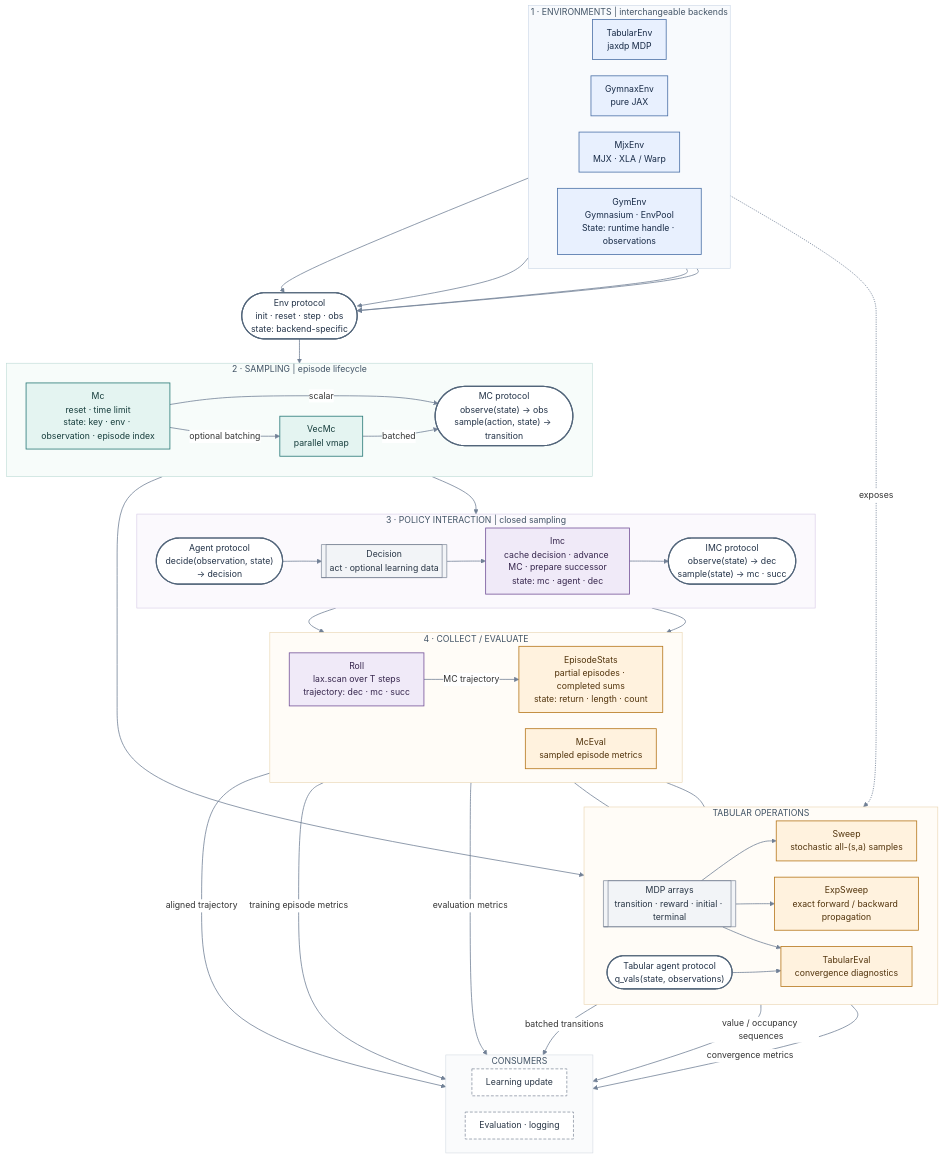
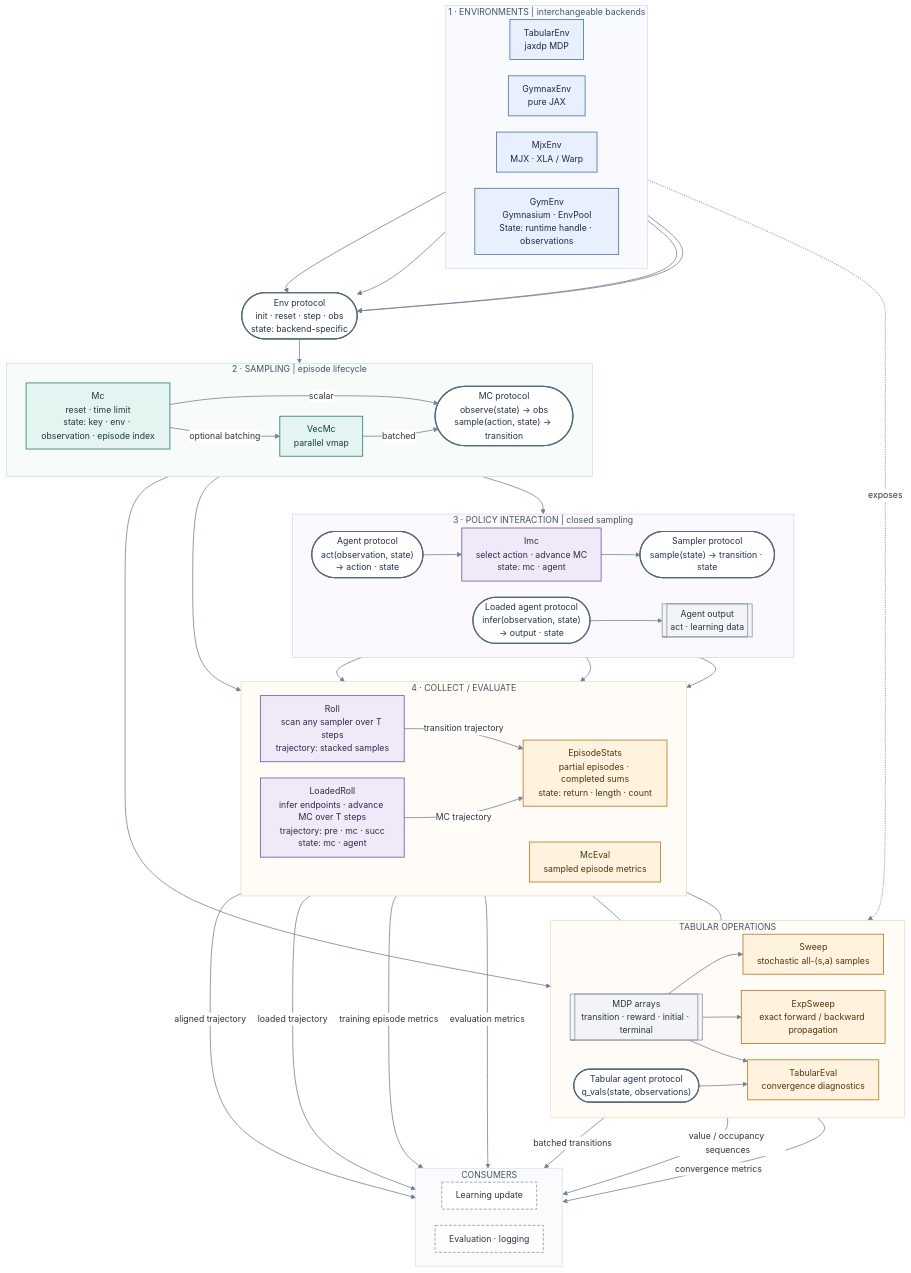
Before and after one commit to TolgaOk/jaxtor: the first of 2 diagrams in doc/components.md, drawn with Mermaid. The commit also changed other lines of this file and 17 other files, not shown here.

Commit message:
feat: add loaded roll

```diff
--- a/doc/components.md
+++ b/doc/components.md
@@ -35,26 +35,31 @@
 
     subgraph interaction["3 · POLICY INTERACTION | closed sampling"]
         direction LR
-        agent_api(["Agent protocol<br/>decide(observation, state)<br/>→ decision"])
-        dec[["Decision<br/>act · optional learning data"]]
-        imc["Imc<br/>cache decision · advance MC · prepare successor<br/>state: mc · agent · dec"]
-        imc_api(["IMC protocol<br/>observe(state) → dec<br/>sample(state) → mc · succ"])
-        agent_api --> dec
-        dec --> imc
+        agent_api(["Agent protocol<br/>act(observation, state)<br/>→ action · state"])
+        imc["Imc<br/>select action · advance MC<br/>state: mc · agent"]
+        imc_api(["Sampler protocol<br/>sample(state) → transition · state"])
+        loaded_agent_api(["Loaded agent protocol<br/>infer(observation, state)<br/>→ output · state"])
+        output[["Agent output<br/>act · learning data"]]
+        agent_api --> imc
         mc_api --> imc
         imc --> imc_api
+        loaded_agent_api --> output
     end
 
     subgraph collection["4 · COLLECT / EVALUATE"]
         direction LR
-        roll["Roll<br/>lax.scan over T steps<br/>trajectory: dec · mc · succ"]
+        roll["Roll<br/>scan any sampler over T steps<br/>trajectory: stacked samples"]
+        loaded_roll["LoadedRoll<br/>infer endpoints · advance MC over T steps<br/>trajectory: pre · mc · succ<br/>state: mc · agent"]
         ep_stats["EpisodeStats<br/>partial episodes · completed sums<br/>state: return · length · count"]
         mc_eval["McEval<br/>sampled episode metrics"]
     end
 
     imc_api --> roll
     imc_api --> mc_eval
-    roll -->|MC trajectory| ep_stats
+    output --> loaded_roll
+    mc_api --> loaded_roll
+    roll -->|transition trajectory| ep_stats
+    loaded_roll -->|MC trajectory| ep_stats
 
     subgraph tabular_branch["TABULAR OPERATIONS"]
         direction LR
@@ -81,6 +86,7 @@
     end
 
     roll -->|aligned trajectory| update
+    loaded_roll -->|loaded trajectory| update
     sweep -->|batched transitions| update
     exp_sweep -->|value / occupancy sequences| update
     ep_stats -->|training episode metrics| report
@@ -96,11 +102,11 @@
     classDef consumer fill:#FFFFFF,stroke:#7C8798,color:#273444,stroke-width:1.2px,stroke-dasharray:5 3;
 
     class tabular,gymnax,mjx,gym adapter;
-    class env_api,mc_api,agent_api,imc_api,value_api protocol;
+    class env_api,mc_api,agent_api,loaded_agent_api,imc_api,value_api protocol;
     class mc,vecmc sampler;
-    class imc,roll interactionNode;
+    class imc,roll,loaded_roll interactionNode;
     class ep_stats,mc_eval,sweep,exp_sweep,tabular_eval analysis;
-    class dec,mdp data;
+    class output,mdp data;
     class update,report consumer;
 
     style environments fill:#F8FAFD,stroke:#C8D5E6,stroke-width:1px,color:#425466
```
